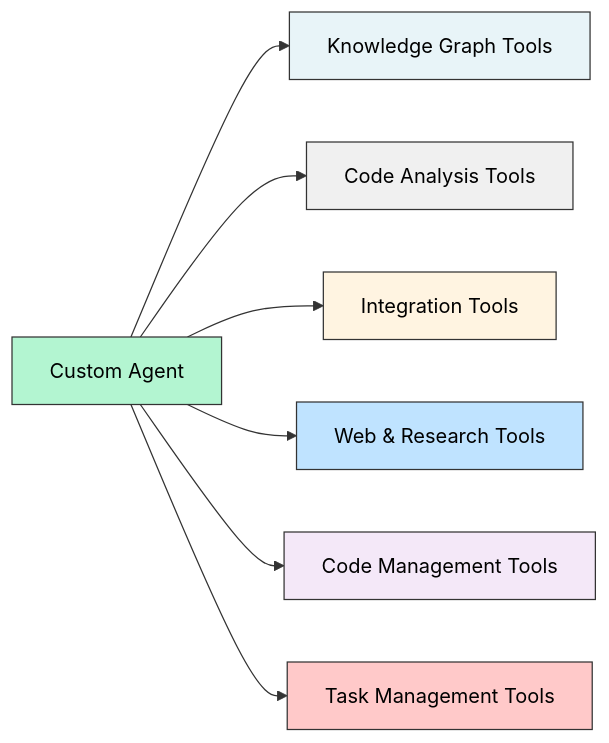
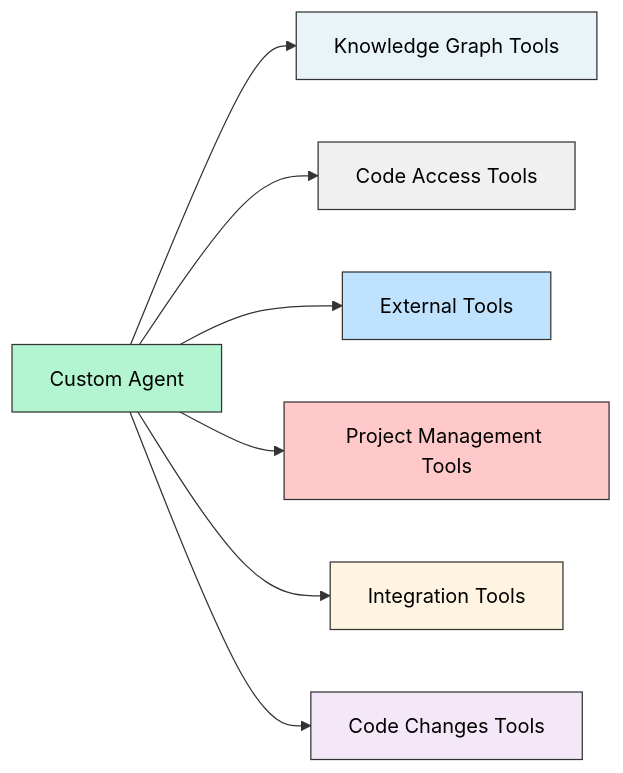
Before and after one commit to potpie-ai/mintlify-docs: the diagram in custom-agents/tools.mdx, drawn with Mermaid. The commit also changed other lines of this file and 82 other files, not shown here.

````diff
--- a/custom-agents/tools.mdx
+++ b/custom-agents/tools.mdx
@@ -12,17 +12,17 @@
 ```mermaid
 graph LR
     A[Custom Agent] --> B[Knowledge Graph Tools]
-    A --> C[Code Analysis Tools]
-    A --> D[Integration Tools]
-    A --> E[Web & Research Tools]
-    A --> F[Code Management Tools]
-    A --> G[Task Management Tools]
+    A --> C[Code Access Tools]
+    A --> D[External Tools]
+    A --> E[Project Management Tools]
+    A --> F[Integration Tools]
+    A --> G[Code Changes Tools]
 
     style A fill:#b3f5d1,stroke:#333,color:#000
     style B fill:#e8f4f8,stroke:#333,color:#000
     style C fill:#f0f0f0,stroke:#333,color:#000
-    style D fill:#fff4e1,stroke:#333,color:#000
-    style E fill:#bfe3ff,stroke:#333,color:#000
-    style F fill:#f4e8f8,stroke:#333,color:#000
-    style G fill:#ffc9c9,stroke:#333,color:#000
+    style D fill:#bfe3ff,stroke:#333,color:#000
+    style E fill:#ffc9c9,stroke:#333,color:#000
+    style F fill:#fff4e1,stroke:#333,color:#000
+    style G fill:#f4e8f8,stroke:#333,color:#000
 ```
````
